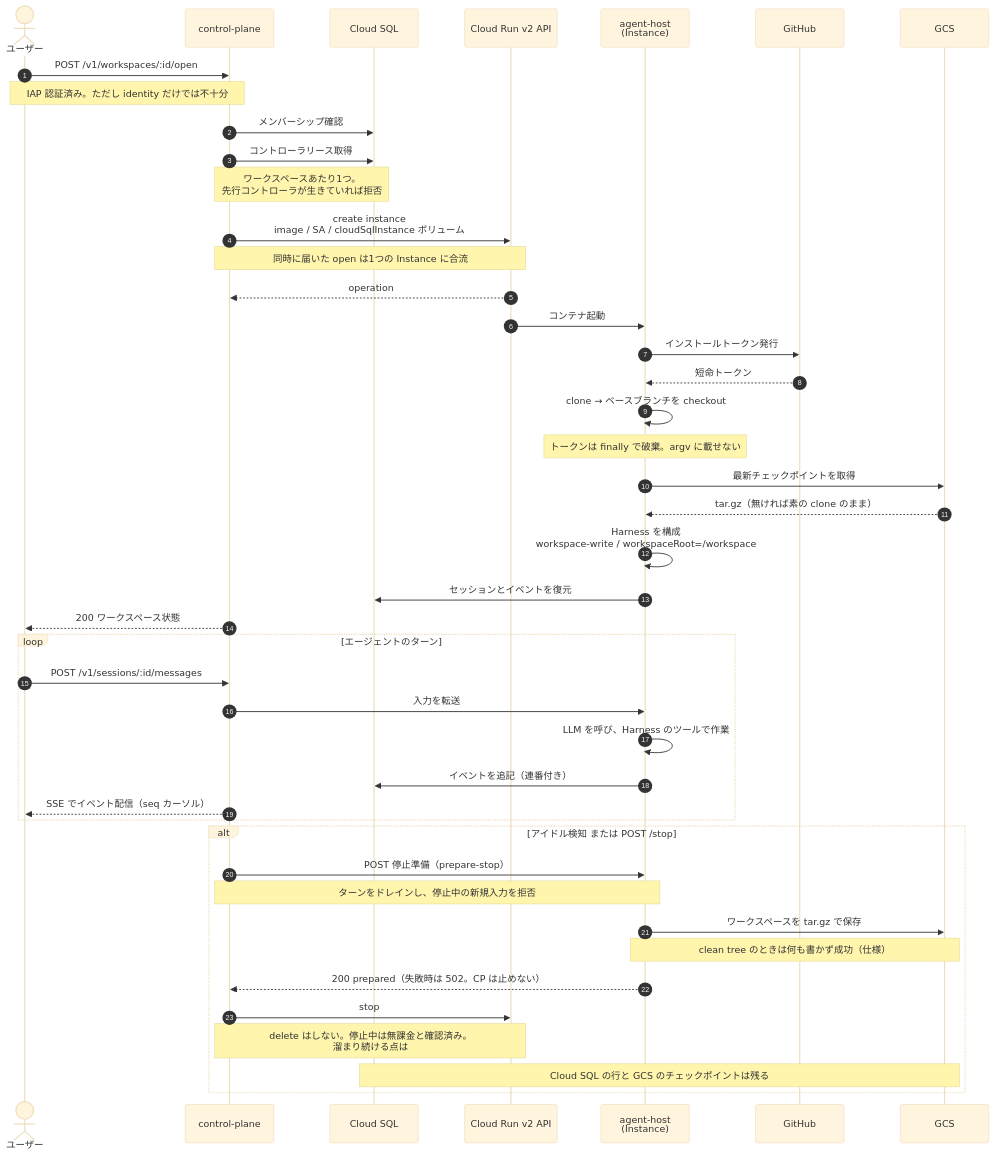
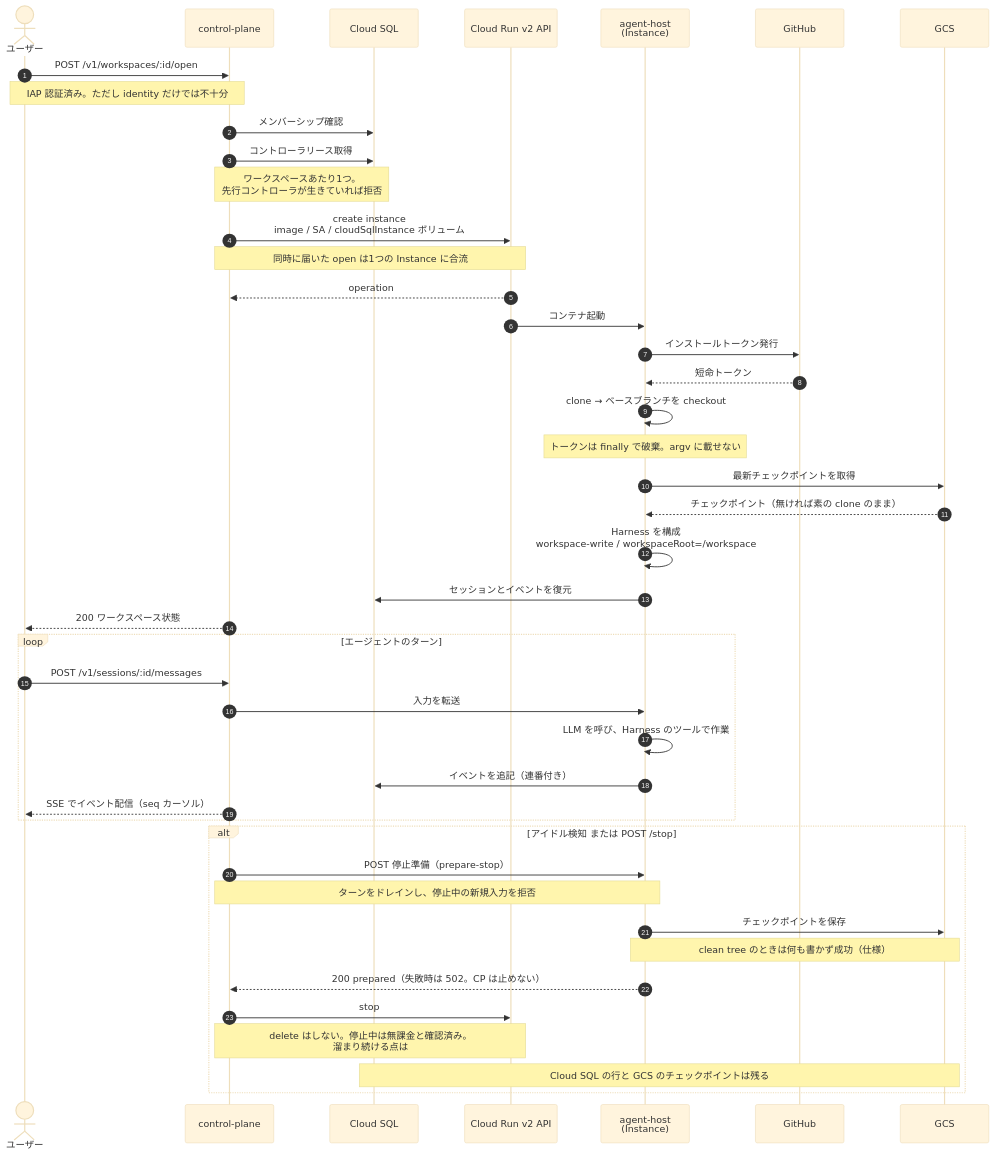
One commit to mpppk/cloud-run-dsh changed the second of 2 diagrams in docs/architecture.md. Above: the diagram before and after it, drawn with Mermaid (base theme). The commit also changed other lines of this file and 2 other files, not shown here.

````diff
--- a/docs/architecture.md
+++ b/docs/architecture.md
@@ -102,51 +102,51 @@
 ```mermaid
 sequenceDiagram
   autonumber
   actor U as ユーザー
   participant CP as control-plane
   participant DB as Cloud SQL
   participant RUN as Cloud Run v2 API
   participant AH as agent-host<br/>(Instance)
   participant GH as GitHub
   participant GCS as GCS
 
   U->>CP: POST /v1/workspaces/:id/open
   Note over U,CP: IAP 認証済み。ただし identity だけでは不十分
   CP->>DB: メンバーシップ確認
   CP->>DB: コントローラリース取得
   Note over CP,DB: ワークスペースあたり1つ。<br/>先行コントローラが生きていれば拒否
 
   CP->>RUN: create instance<br/>image / SA / cloudSqlInstance ボリューム
   Note over CP,RUN: 同時に届いた open は1つの Instance に合流
   RUN-->>CP: operation
   RUN->>AH: コンテナ起動
 
   AH->>GH: インストールトークン発行
   GH-->>AH: 短命トークン
   AH->>AH: clone → ベースブランチを checkout
   Note over AH: トークンは finally で破棄。argv に載せない
   AH->>GCS: 最新チェックポイントを取得
-  GCS-->>AH: tar.gz（無ければ素の clone のまま）
+  GCS-->>AH: チェックポイント（無ければ素の clone のまま）
   AH->>AH: Harness を構成<br/>workspace-write / workspaceRoot=/workspace
   AH->>DB: セッションとイベントを復元
   CP-->>U: 200 ワークスペース状態
 
   loop エージェントのターン
     U->>CP: POST /v1/sessions/:id/messages
     CP->>AH: 入力を転送
     AH->>AH: LLM を呼び、Harness のツールで作業
     AH->>DB: イベントを追記（連番付き）
     CP-->>U: SSE でイベント配信（seq カーソル）
   end
 
   alt アイドル検知 または POST /stop
     CP->>AH: POST 停止準備（prepare-stop）
     Note over CP,AH: ターンをドレインし、停止中の新規入力を拒否
-    AH->>GCS: ワークスペースを tar.gz で保存
+    AH->>GCS: チェックポイントを保存
     Note over AH,GCS: clean tree のときは何も書かず成功（仕様）
     AH-->>CP: 200 prepared（失敗時は 502。CP は止めない）
     CP->>RUN: stop
     Note over CP,RUN: delete はしない。停止中は無課金と確認済み。<br/>溜まり続ける点は #85
     Note over DB,GCS: Cloud SQL の行と GCS のチェックポイントは残る
   end
 ```
````
